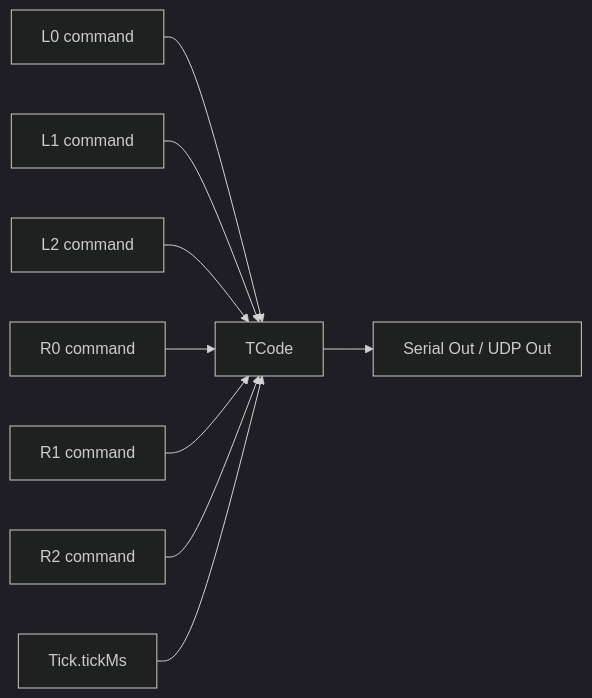
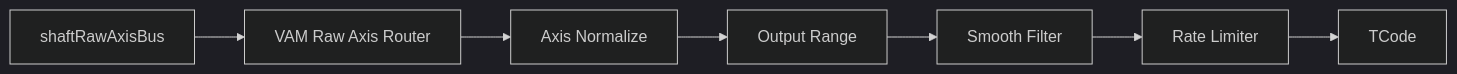
The eighth of 8 diagrams in docs/scenarios/vam-male-referenced-motion.md (FrogThe2nd/f8studio), drawn with Mermaid (dark theme) before and after one commit. The commit also changed other lines of this file and 3 other files, not shown here.

Commit message:
Unify VAM branch output rack docs

````diff
--- a/docs/scenarios/vam-male-referenced-motion.md
+++ b/docs/scenarios/vam-male-referenced-motion.md
@@ -1616,11 +1613,9 @@
 ```mermaid
 flowchart LR
-    L0["L0 command"] --> TCode["TCode"]
-    L1["L1 command"] --> TCode
-    L2["L2 command"] --> TCode
-    R0["R0 command"] --> TCode
-    R1["R1 command"] --> TCode
-    R2["R2 command"] --> TCode
-    Tick["Tick.tickMs"] --> TCode
-    TCode --> Out["Serial Out / UDP Out"]
+    Bus["shaftRawAxisBus"] --> Router["VAM Raw Axis Router"]
+    Router --> Norm["Axis Normalize"]
+    Norm --> Range["Output Range"]
+    Range --> Smooth["Smooth Filter"]
+    Smooth --> Limit["Rate Limiter"]
+    Limit --> TCode["TCode"]
 ```
````
